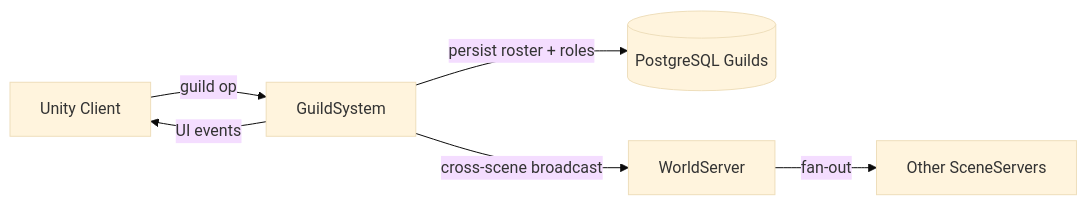
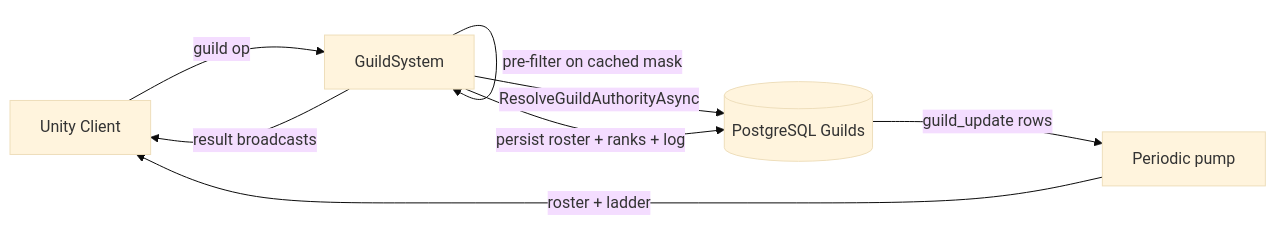
One commit to jimdroberts/FishMMO changed the diagram in FishMMO-Unity/Assets/Scripts/Server/Implementation/World/SceneServer/Guild/README.md. Above: the diagram before and after it, drawn with Mermaid (base theme). The commit also changed other lines of this file and 62 other files, not shown here.

````diff
--- a/FishMMO-Unity/Assets/Scripts/Server/Implementation/World/SceneServer/Guild/README.md
+++ b/FishMMO-Unity/Assets/Scripts/Server/Implementation/World/SceneServer/Guild/README.md
@@ -280,8 +369,10 @@
 ```mermaid
 flowchart LR
     Client[Unity Client] -->|guild op| Sys[GuildSystem]
-    Sys -->|persist roster + roles| DB[(PostgreSQL Guilds)]
-    Sys -->|cross-scene broadcast| World[WorldServer]
-    World -->|fan-out| Scenes[Other SceneServers]
-    Sys -->|UI events| Client
+    Sys -->|pre-filter on cached mask| Sys
+    Sys -->|ResolveGuildAuthorityAsync| DB[(PostgreSQL Guilds)]
+    Sys -->|persist roster + ranks + log| DB
+    DB -->|guild_update rows| Pump[Periodic pump]
+    Pump -->|roster + ladder| Client
+    Sys -->|result broadcasts| Client
 ```
````
